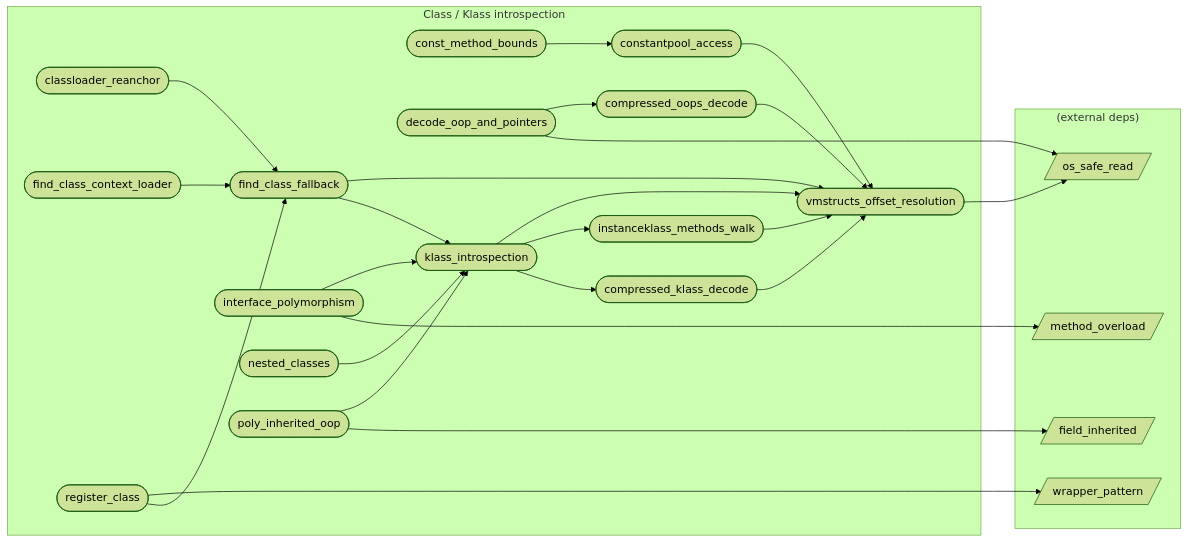
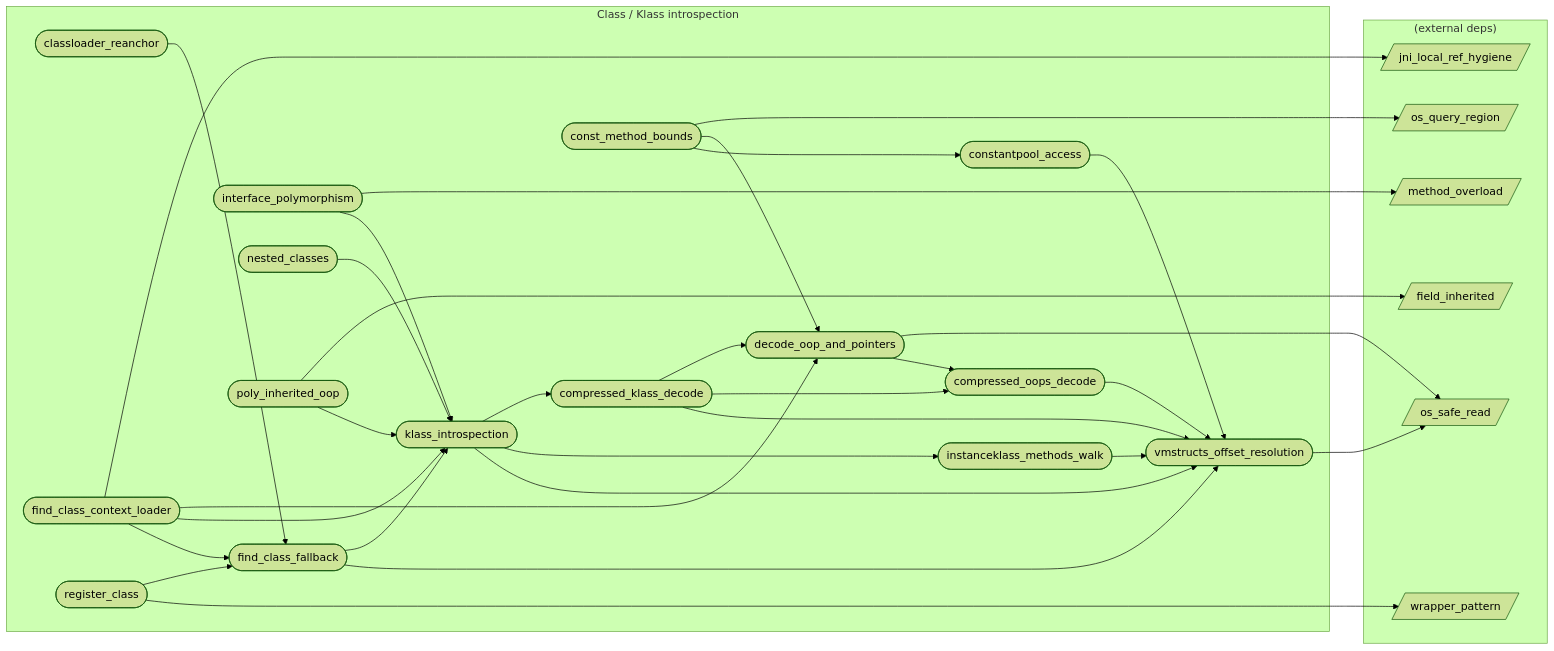
The diagram in audit/graph/categories/klass.md (xxxnpno/VMHook), drawn with Mermaid (forest theme) before and after one commit. The commit also changed other lines of this file and 89 other files, not shown here.

````diff
--- a/audit/graph/categories/klass.md
+++ b/audit/graph/categories/klass.md
@@ -32,48 +32,57 @@
 ```mermaid
 flowchart LR
   subgraph klass["Class / Klass introspection"]
     classloader_reanchor([classloader_reanchor])
     compressed_klass_decode([compressed_klass_decode])
     compressed_oops_decode([compressed_oops_decode])
     const_method_bounds([const_method_bounds])
     constantpool_access([constantpool_access])
     decode_oop_and_pointers([decode_oop_and_pointers])
     find_class_context_loader([find_class_context_loader])
     find_class_fallback([find_class_fallback])
     instanceklass_methods_walk([instanceklass_methods_walk])
     interface_polymorphism([interface_polymorphism])
     klass_introspection([klass_introspection])
     nested_classes([nested_classes])
     poly_inherited_oop([poly_inherited_oop])
     register_class([register_class])
     vmstructs_offset_resolution([vmstructs_offset_resolution])
   end
   subgraph external["(external deps)"]
     field_inherited[/field_inherited/]
+    jni_local_ref_hygiene[/jni_local_ref_hygiene/]
     method_overload[/method_overload/]
+    os_query_region[/os_query_region/]
     os_safe_read[/os_safe_read/]
     wrapper_pattern[/wrapper_pattern/]
   end
   classloader_reanchor --> find_class_fallback
   compressed_klass_decode --> vmstructs_offset_resolution
+  compressed_klass_decode --> compressed_oops_decode
+  compressed_klass_decode --> decode_oop_and_pointers
   compressed_oops_decode --> vmstructs_offset_resolution
   const_method_bounds --> constantpool_access
+  const_method_bounds --> decode_oop_and_pointers
+  const_method_bounds --> os_query_region
   constantpool_access --> vmstructs_offset_resolution
   decode_oop_and_pointers --> compressed_oops_decode
   decode_oop_and_pointers --> os_safe_read
   find_class_context_loader --> find_class_fallback
+  find_class_context_loader --> klass_introspection
+  find_class_context_loader --> decode_oop_and_pointers
+  find_class_context_loader --> jni_local_ref_hygiene
   find_class_fallback --> vmstructs_offset_resolution
   find_class_fallback --> klass_introspection
   instanceklass_methods_walk --> vmstructs_offset_resolution
   interface_polymorphism --> klass_introspection
   interface_polymorphism --> method_overload
   klass_introspection --> vmstructs_offset_resolution
   klass_introspection --> instanceklass_methods_walk
   klass_introspection --> compressed_klass_decode
   nested_classes --> klass_introspection
   poly_inherited_oop --> klass_introspection
   poly_inherited_oop --> field_inherited
   register_class --> wrapper_pattern
   register_class --> find_class_fallback
   vmstructs_offset_resolution --> os_safe_read
 ```
````
